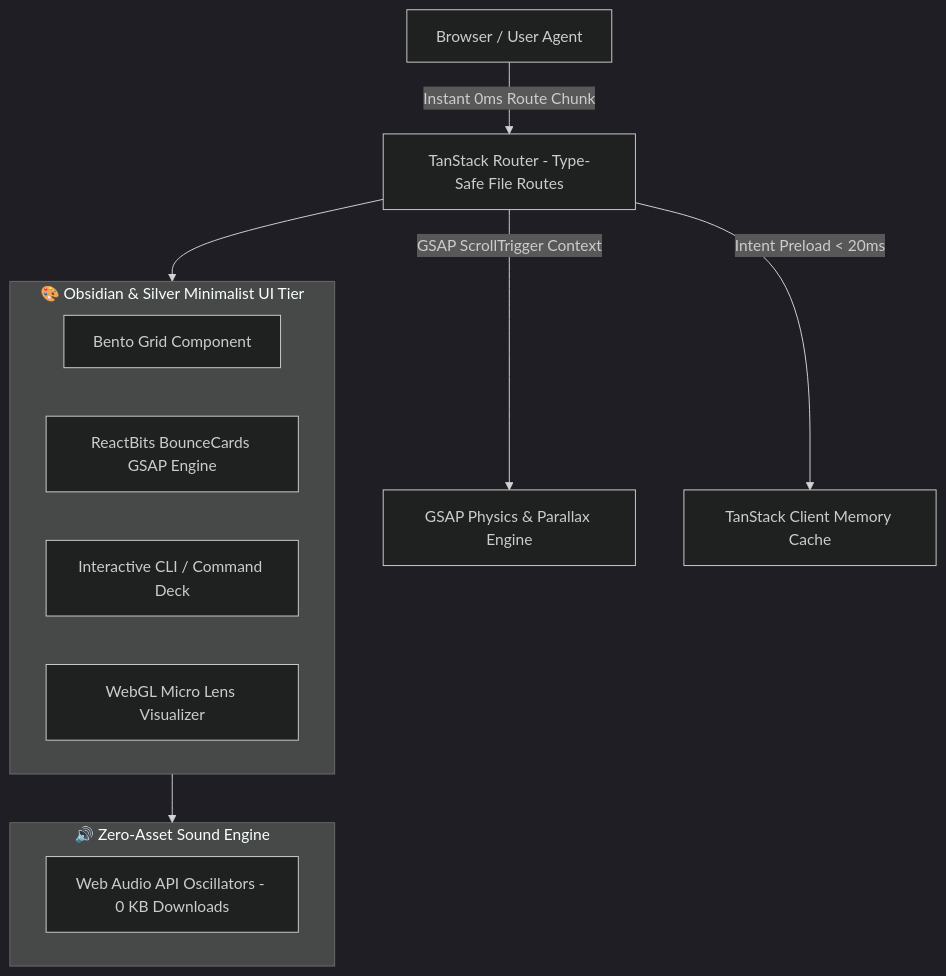
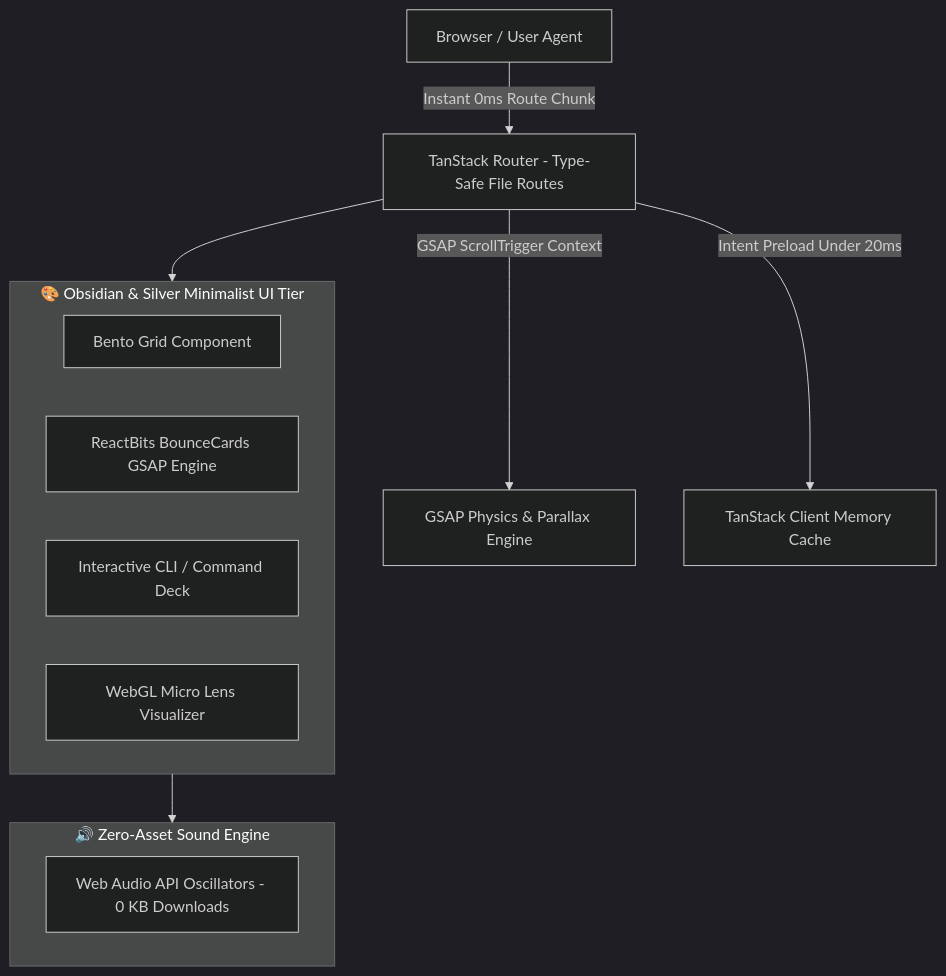
One commit to WarunaUdara/my-dev-portfolio changed the first of 2 diagrams in content/blog/react-19-and-tanstack-router.mdx. Above: the diagram before and after it, drawn with Mermaid (dark theme). The commit also changed other lines of this file and 1 other file, not shown here.

Commit message:
fix(mdx): escape unclosed less-than operators in Mermaid diagrams to resolve v11.16.0 syntax error

````diff
--- a/content/blog/react-19-and-tanstack-router.mdx
+++ b/content/blog/react-19-and-tanstack-router.mdx
@@ -25,20 +25,20 @@
 ```mermaid
 graph TD
     Client[Browser / User Agent] -->|Instant 0ms Route Chunk| Router[TanStack Router - Type-Safe File Routes]
     Router -->|GSAP ScrollTrigger Context| Animations[GSAP Physics & Parallax Engine]
-    Router -->|Intent Preload < 20ms| Cache[TanStack Client Memory Cache]
+    Router -->|Intent Preload Under 20ms| Cache[TanStack Client Memory Cache]
     
     subgraph UI_System ["🎨 Obsidian & Silver Minimalist UI Tier"]
         Bento[Bento Grid Component]
         Bounce[ReactBits BounceCards GSAP Engine]
         Terminal[Interactive CLI / Command Deck]
         Lens[WebGL Micro Lens Visualizer]
     end
 
     subgraph Sound_Engine ["🔊 Zero-Asset Sound Engine"]
         WebAudio[Web Audio API Oscillators - 0 KB Downloads]
     end
 
     Router --> UI_System
     UI_System --> Sound_Engine
 ```
````
